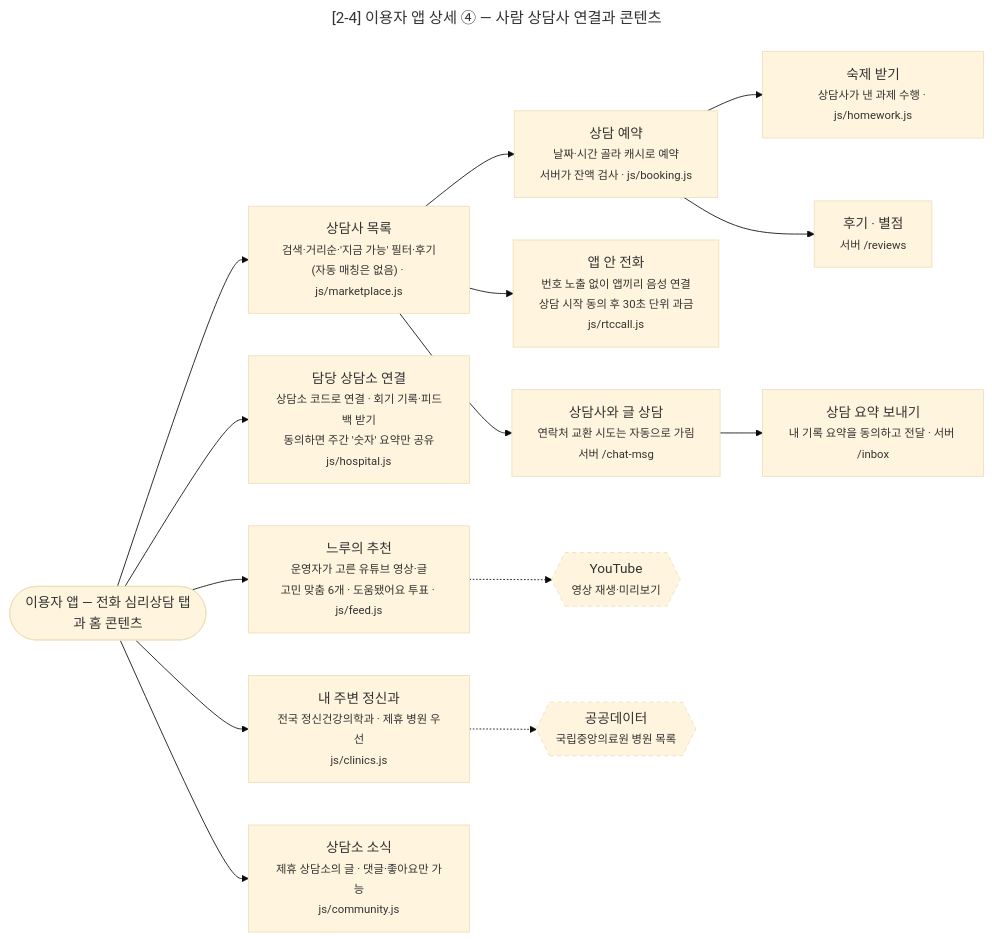
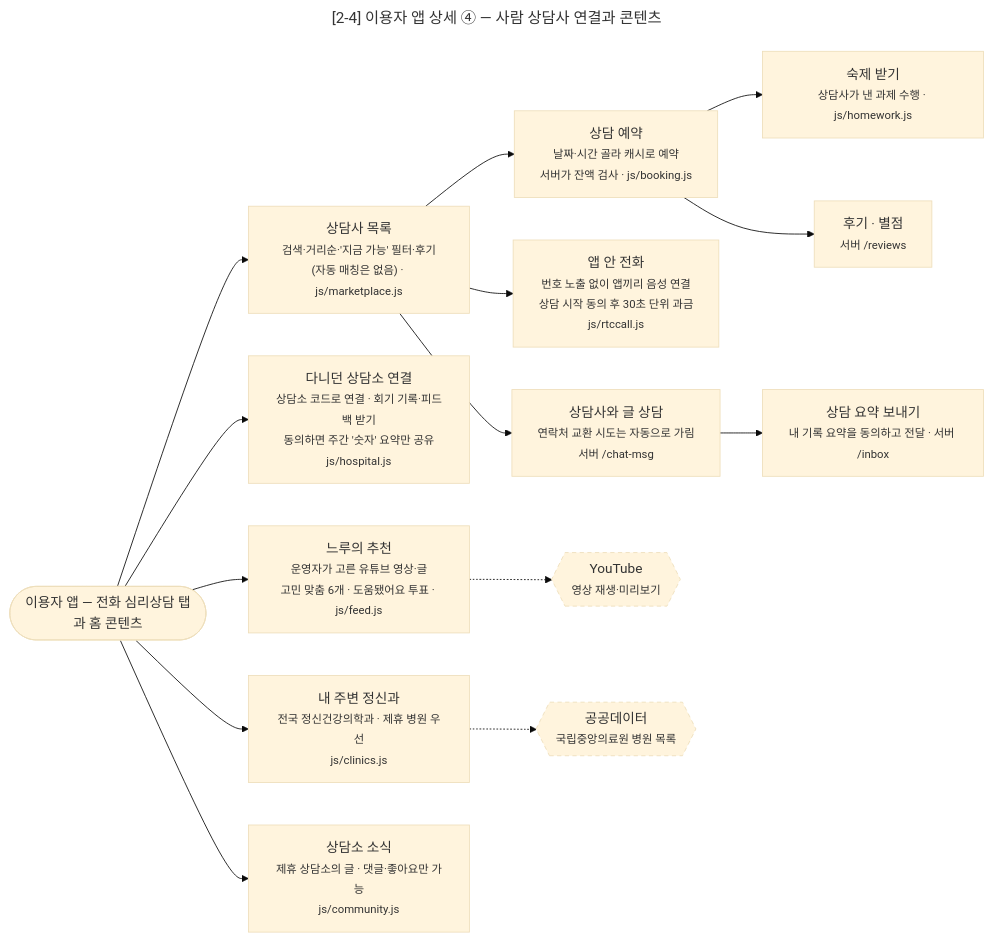
The diagram in docs/구조분석/mindmap/24_이용자앱_사람상담과콘텐츠.mmd (nda960327-glitch/hongcbt), drawn with Mermaid (base theme) before and after one commit. The commit also changed 20 other files, not shown here.

Commit message:
feat: '담당 상담소 연결하기' → '다니던 상담소 연결하기', 연결은 언제든 [연결 끊기](확인창·완료 안내) — 앱·콘솔·소개·설명서·Q&A 글

```diff
--- a/docs/구조분석/mindmap/24_이용자앱_사람상담과콘텐츠.mmd
+++ b/docs/구조분석/mindmap/24_이용자앱_사람상담과콘텐츠.mmd
@@ -1,38 +1,38 @@
 ---
 title: "[2-4] 이용자 앱 상세 ④ — 사람 상담사 연결과 콘텐츠"
 ---
 flowchart LR
   ROOT(["이용자 앱 — 전화 심리상담 탭과 홈 콘텐츠"])
 
   LIST["상담사 목록<br/><small>검색·거리순·'지금 가능' 필터·후기<br/>(자동 매칭은 없음) · js/marketplace.js</small>"]
   BOOK["상담 예약<br/><small>날짜·시간 골라 캐시로 예약<br/>서버가 잔액 검사 · js/booking.js</small>"]
   CALL["앱 안 전화<br/><small>번호 노출 없이 앱끼리 음성 연결<br/>상담 시작 동의 후 30초 단위 과금<br/>js/rtccall.js</small>"]
   CHATC["상담사와 글 상담<br/><small>연락처 교환 시도는 자동으로 가림<br/>서버 /chat-msg</small>"]
   INBOX2["상담 요약 보내기<br/><small>내 기록 요약을 동의하고 전달 · 서버 /inbox</small>"]
   HW["숙제 받기<br/><small>상담사가 낸 과제 수행 · js/homework.js</small>"]
   REV["후기 · 별점<br/><small>서버 /reviews</small>"]
-  HOSP["담당 상담소 연결<br/><small>상담소 코드로 연결 · 회기 기록·피드백 받기<br/>동의하면 주간 '숫자' 요약만 공유<br/>js/hospital.js</small>"]
+  HOSP["다니던 상담소 연결<br/><small>상담소 코드로 연결 · 회기 기록·피드백 받기<br/>동의하면 주간 '숫자' 요약만 공유<br/>js/hospital.js</small>"]
 
   FEED["느루의 추천<br/><small>운영자가 고른 유튜브 영상·글<br/>고민 맞춤 6개 · 도움됐어요 투표 · js/feed.js</small>"]
   CLIN["내 주변 정신과<br/><small>전국 정신건강의학과 · 제휴 병원 우선<br/>js/clinics.js</small>"]
   COMM["상담소 소식<br/><small>제휴 상담소의 글 · 댓글·좋아요만 가능<br/>js/community.js</small>"]
 
   YT{{"YouTube<br/><small>영상 재생·미리보기</small>"}}
   GOV{{"공공데이터<br/><small>국립중앙의료원 병원 목록</small>"}}
 
   ROOT --> LIST
   LIST --> BOOK
   LIST --> CALL
   LIST --> CHATC
   CHATC --> INBOX2
   BOOK --> HW
   BOOK --> REV
   ROOT --> HOSP
   ROOT --> FEED
   ROOT --> CLIN
   ROOT --> COMM
   FEED -.-> YT
   CLIN -.-> GOV
 
   classDef ext stroke-dasharray: 5 4;
   class YT,GOV ext;
```
